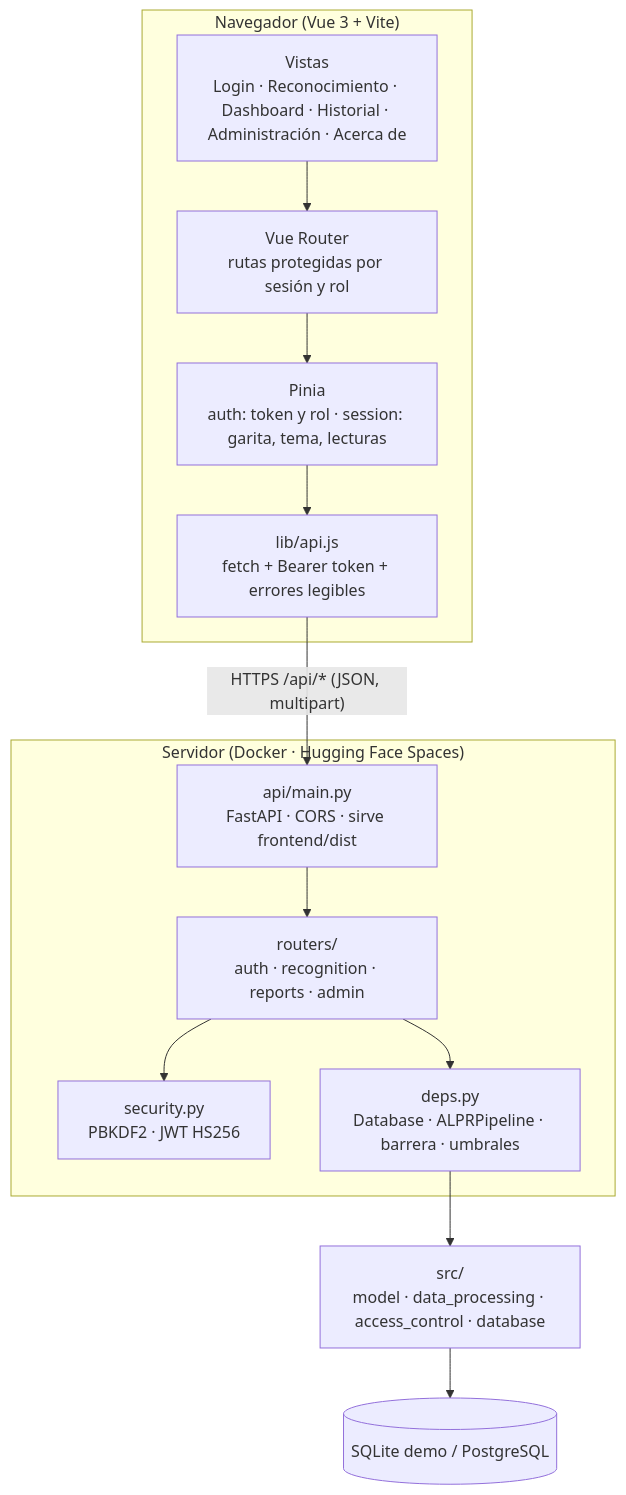
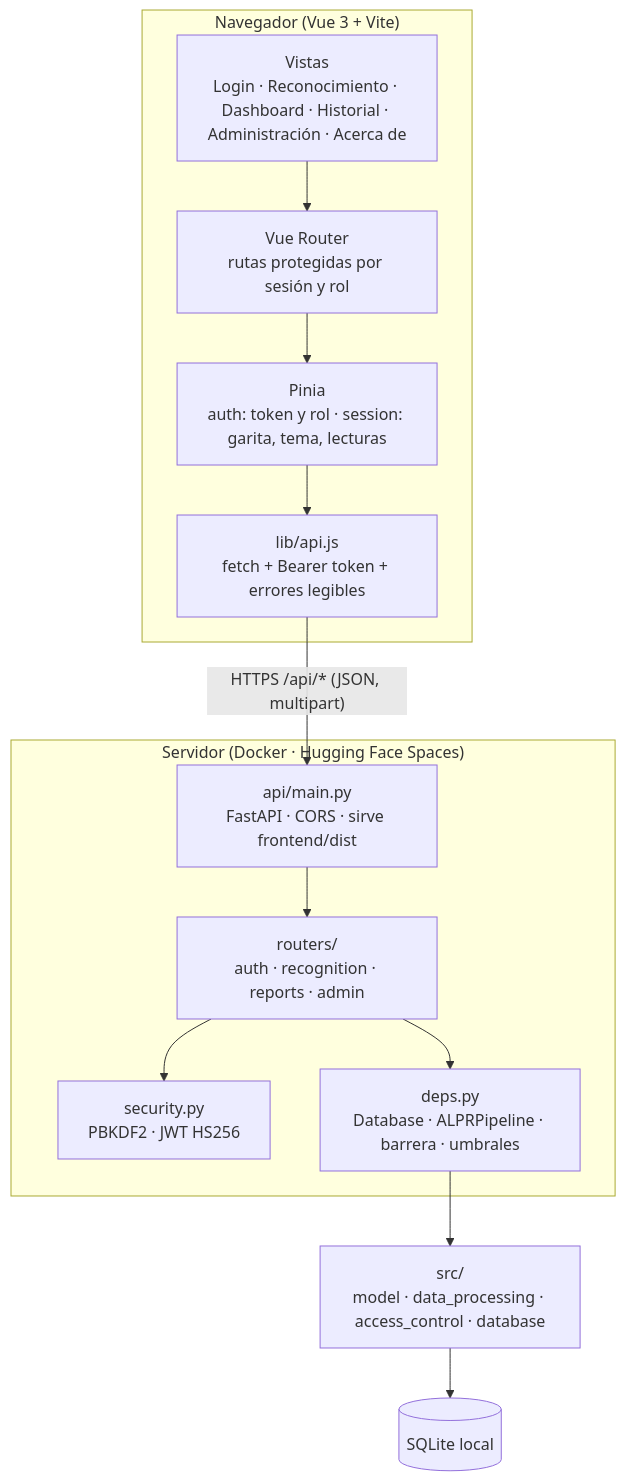
Before and after one commit to eduardoceballos666/SIRAP_2: the second of 4 diagrams in docs/arquitectura.md, drawn with Mermaid. The commit also changed other lines of this file, not shown here.

Commit message:
Remove PostgreSQL references from project materials

````diff
--- a/docs/arquitectura.md
+++ b/docs/arquitectura.md
@@ -23,21 +23,21 @@
 ```mermaid
 flowchart TB
     subgraph Navegador["Navegador (Vue 3 + Vite)"]
         V[Vistas<br/>Login · Reconocimiento · Dashboard · Historial · Administración · Acerca de]
         R[Vue Router<br/>rutas protegidas por sesión y rol]
         P[Pinia<br/>auth: token y rol · session: garita, tema, lecturas]
         C[lib/api.js<br/>fetch + Bearer token + errores legibles]
         V --> R --> P --> C
     end
     subgraph Servidor["Servidor (Docker · Hugging Face Spaces)"]
         M[api/main.py<br/>FastAPI · CORS · sirve frontend/dist]
         RT[routers/<br/>auth · recognition · reports · admin]
         S[security.py<br/>PBKDF2 · JWT HS256]
         D[deps.py<br/>Database · ALPRPipeline · barrera · umbrales]
         M --> RT --> D
         RT --> S
     end
     C -- "HTTPS /api/* (JSON, multipart)" --> M
     D --> SRC[src/<br/>model · data_processing · access_control · database]
-    SRC --> DB[(SQLite demo / PostgreSQL)]
+    SRC --> DB[(SQLite local)]
 ```
````
